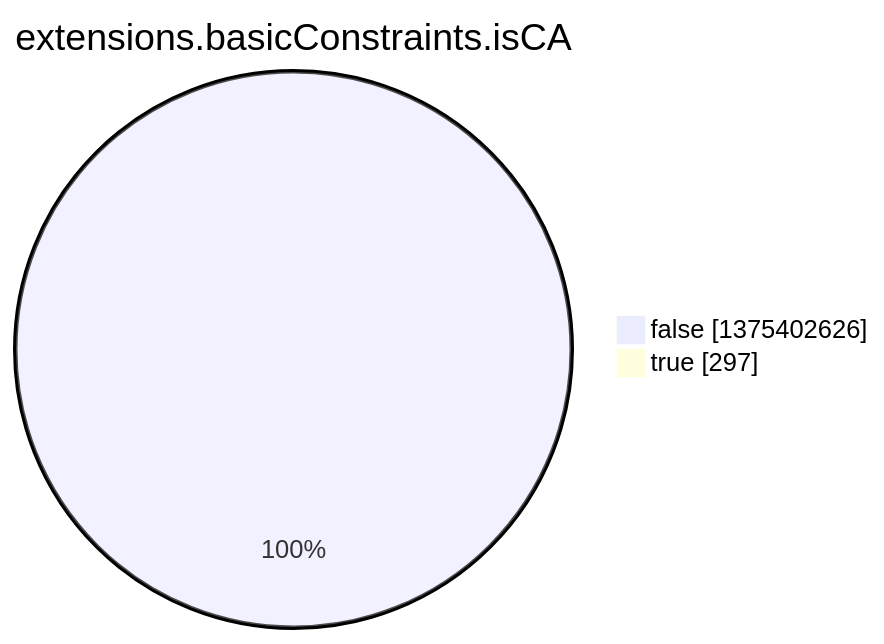
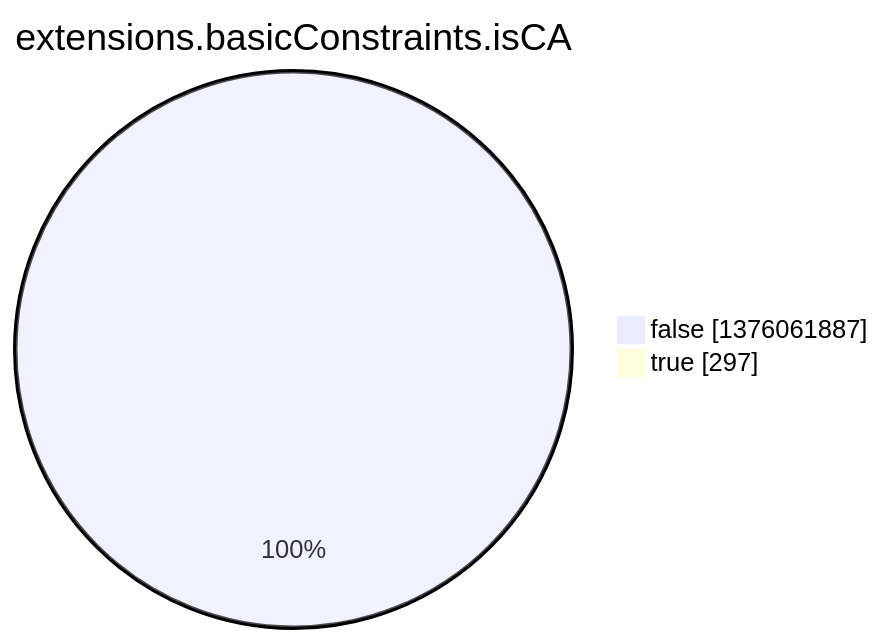
The eighth of 15 diagrams in argon2022/README.md (christiankrug/ctmonitor_visualization), drawn with Mermaid before and after one commit. The commit also changed other lines of this file, not shown here.

````diff
--- a/argon2022/README.md
+++ b/argon2022/README.md
@@ -2759,6 +2759,6 @@
 ```mermaid
 pie showData
 title extensions.basicConstraints.isCA
-"false" :1375402626
+"false" :1376061887
 "true" :297
 ```
````
